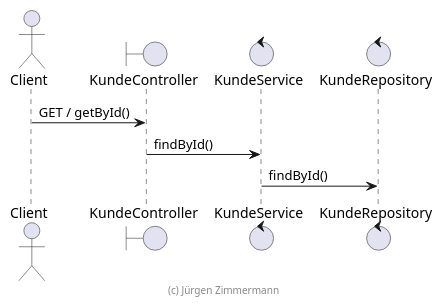
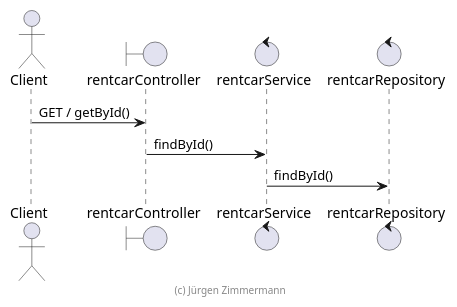
The diagram in extras/doc/sequenzdiagramm.plantuml (lfsrrr/rentcar), drawn with PlantUML before and after one commit. The commit also changed 120 other files, not shown here.

First line of the commit message:
Rename project from 'kunde' to 'rentcar'

```diff
--- a/extras/doc/sequenzdiagramm.plantuml
+++ b/extras/doc/sequenzdiagramm.plantuml
@@ -15,15 +15,15 @@
 @startuml Sequenzdiagramm
 
 actor Client
 
-boundary KundeController
-control KundeService
-control KundeRepository
+boundary rentcarController
+control rentcarService
+control rentcarRepository
 
-Client -> KundeController : GET / getById()
-KundeController -> KundeService: findById()
-KundeService -> KundeRepository: findById()
+Client -> rentcarController : GET / getById()
+rentcarController -> rentcarService: findById()
+rentcarService -> rentcarRepository: findById()
 
 footer (c) Jürgen Zimmermann
 
 @enduml
```
